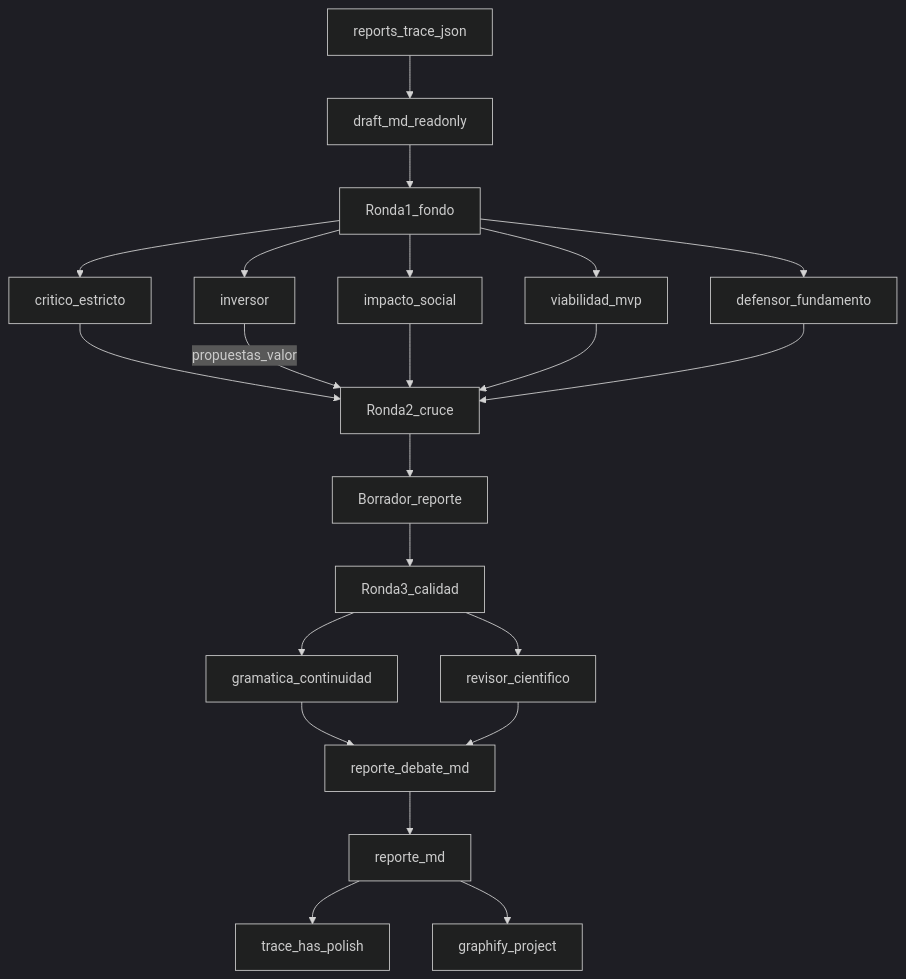
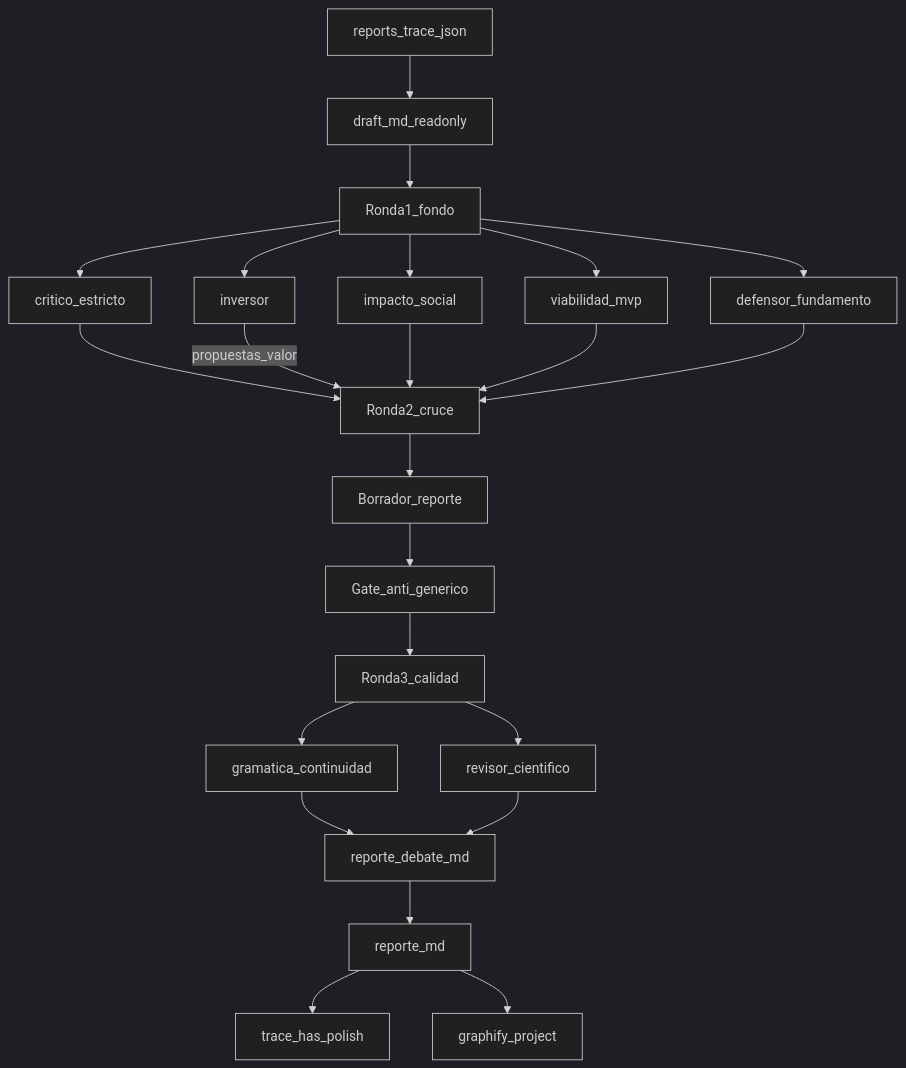
One commit to Luis-Fernando-MP/skills-report changed the diagram in common/make-report-polish/model1.md. Above: the diagram before and after it, drawn with Mermaid (dark theme). The commit also changed other lines of this file and 33 other files, not shown here.

````diff
--- a/common/make-report-polish/model1.md
+++ b/common/make-report-polish/model1.md
@@ -27,24 +29,25 @@
 ```mermaid
 flowchart TD
   trace[reports_trace_json] --> draft[draft_md_readonly]
   draft --> r1[Ronda1_fondo]
   r1 --> crit[critico_estricto]
   r1 --> def[defensor_fundamento]
   r1 --> soc[impacto_social]
   r1 --> neg[viabilidad_mvp]
   r1 --> inv[inversor]
   crit --> r2[Ronda2_cruce]
   inv -->|"propuestas_valor"| r2
   soc --> r2
   neg --> r2
   def --> r2
   r2 --> draftRep[Borrador_reporte]
-  draftRep --> r3[Ronda3_calidad]
+  draftRep --> gate[Gate_anti_generico]
+  gate --> r3[Ronda3_calidad]
   r3 --> gram[gramatica_continuidad]
   r3 --> rev[revisor_cientifico]
   gram --> debate[reporte_debate_md]
   rev --> debate
   debate --> reporte[reporte_md]
   reporte --> traceUp[trace_has_polish]
   reporte --> gp[graphify_project]
 ```
````
